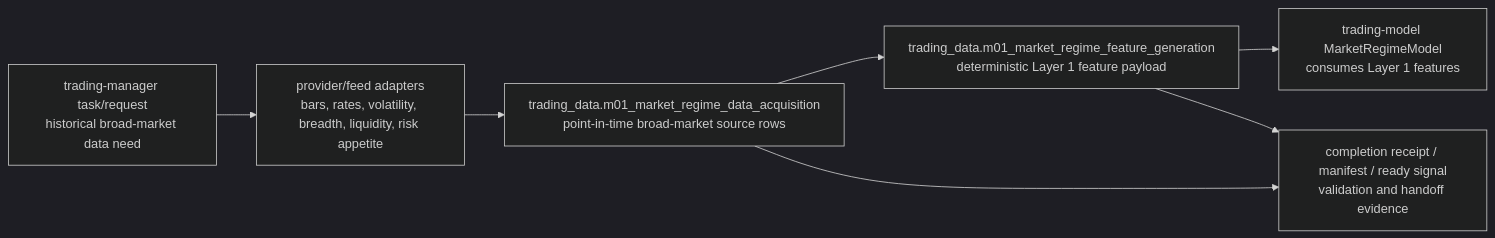
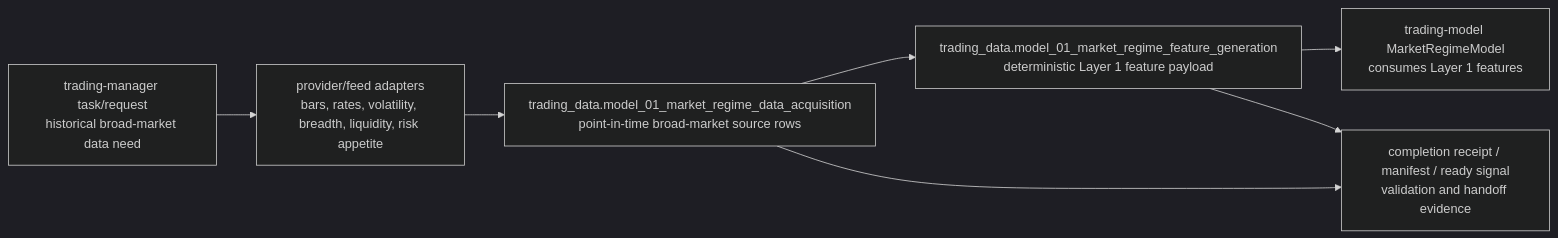
Before and after one commit to gilmore307/trading-data: the diagram in docs/10_layer_01_market_regime.md, drawn with Mermaid (dark theme). The commit also changed other lines of this file and 33 other files, not shown here.

````diff
--- a/docs/10_layer_01_market_regime.md
+++ b/docs/10_layer_01_market_regime.md
@@ -47,13 +47,13 @@
 ```mermaid
 flowchart LR
     request["trading-manager task/request<br/>historical broad-market data need"]
     feeds["provider/feed adapters<br/>bars, rates, volatility, breadth, liquidity, risk appetite"]
-    source["trading_data.m01_market_regime_data_acquisition<br/>point-in-time broad-market source rows"]
-    feature["trading_data.m01_market_regime_feature_generation<br/>deterministic Layer 1 feature payload"]
+    source["trading_data.model_01_market_regime_data_acquisition<br/>point-in-time broad-market source rows"]
+    feature["trading_data.model_01_market_regime_feature_generation<br/>deterministic Layer 1 feature payload"]
     model["trading-model MarketRegimeModel<br/>consumes Layer 1 features"]
     receipt["completion receipt / manifest / ready signal<br/>validation and handoff evidence"]
 
     request --> feeds --> source --> feature --> model
     source --> receipt
     feature --> receipt
 ```
````
